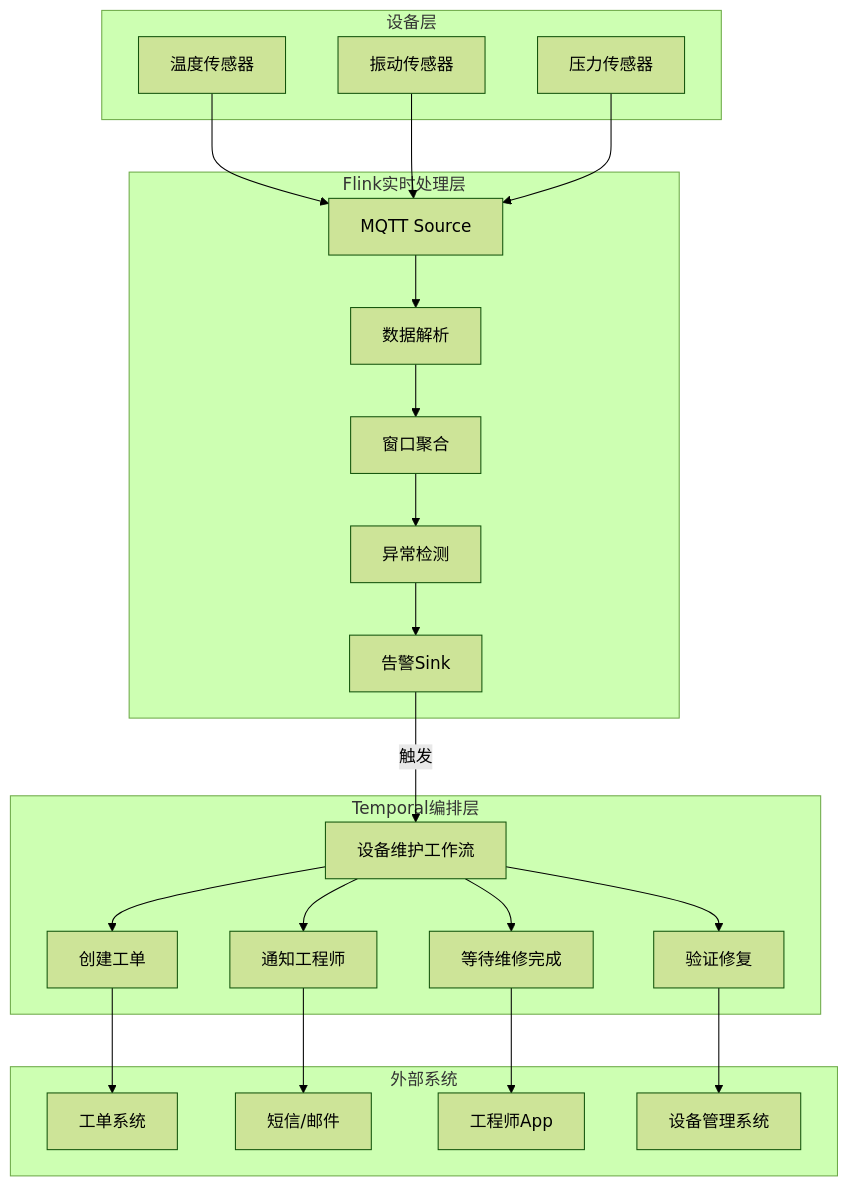
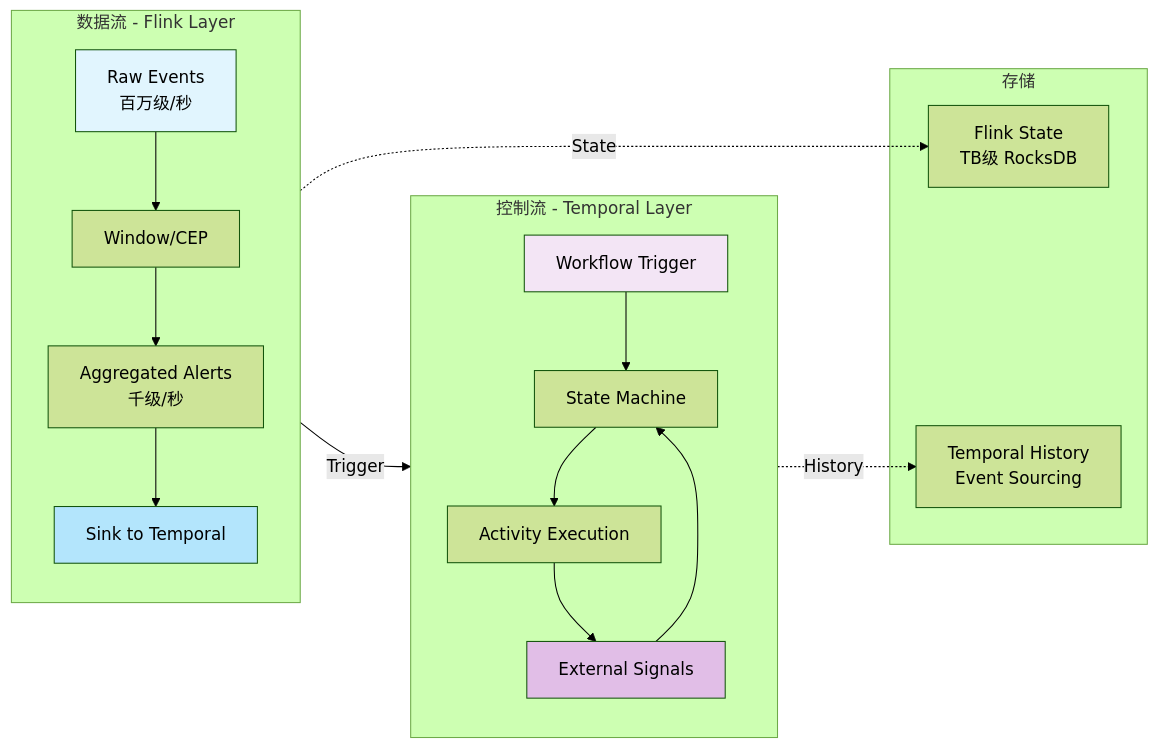
One commit to AdaMartin18010/AnalysisDataFlow changed the second of 5 diagrams in Knowledge/06-frontier/temporal-flink-layered-architecture.md. Above: the diagram before and after it, drawn with Mermaid (forest theme). The commit also changed other lines of this file and 47 other files, not shown here.

````diff
--- a/Knowledge/06-frontier/temporal-flink-layered-architecture.md
+++ b/Knowledge/06-frontier/temporal-flink-layered-architecture.md
@@ -509,43 +1370,31 @@
 ```mermaid
-graph TB
-    subgraph "设备层"
-        D1[温度传感器]
-        D2[振动传感器]
-        D3[压力传感器]
+graph LR
+    subgraph "数据流 - Flink Layer"
+        direction TB
+        F1[Raw Events<br/>百万级/秒] --> F2[Window/CEP]
+        F2 --> F3[Aggregated Alerts<br/>千级/秒]
+        F3 --> F4[Sink to Temporal]
     end
 
-    subgraph "Flink实时处理层"
-        F1[MQTT Source]
-        F2[数据解析]
-        F3[窗口聚合]
-        F4[异常检测]
-        F5[告警Sink]
+    subgraph "控制流 - Temporal Layer"
+        direction TB
+        T1[Workflow Trigger] --> T2[State Machine]
+        T2 --> T3[Activity Execution]
+        T3 --> T4[External Signals]
+        T4 --> T2
     end
 
-    subgraph "Temporal编排层"
-        T1[设备维护工作流]
-        T2[创建工单]
-        T3[通知工程师]
-        T4[等待维修完成]
-        T5[验证修复]
+    subgraph "存储"
+        S1[Flink State<br/>TB级 RocksDB]
+        S2[Temporal History<br/>Event Sourcing]
     end
 
-    subgraph "外部系统"
-        E1[工单系统]
-        E2[短信/邮件]
-        E3[工程师App]
-        E4[设备管理系统]
-    end
+    F4 -->|Trigger| T1
+    F2 -.->|State| S1
+    T2 -.->|History| S2
 
-    D1 --> F1
-    D2 --> F1
-    D3 --> F1
-
-    F1 --> F2 --> F3 --> F4 --> F5
-
-    F5 -->|触发| T1
-    T1 --> T2 --> E1
-    T1 --> T3 --> E2
-    T1 --> T4 --> E3
-    T1 --> T5 --> E4
+    style F1 fill:#e1f5fe
+    style F4 fill:#b3e5fc
+    style T1 fill:#f3e5f5
+    style T4 fill:#e1bee7
 ```
````
